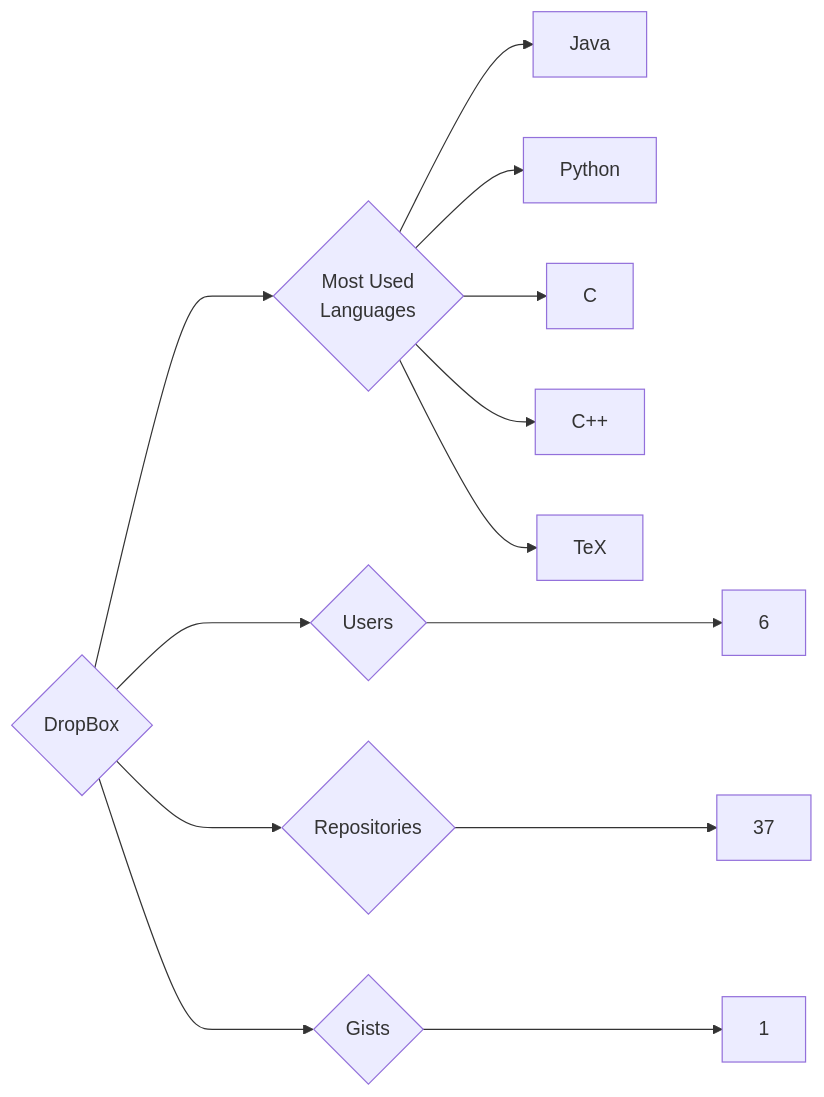
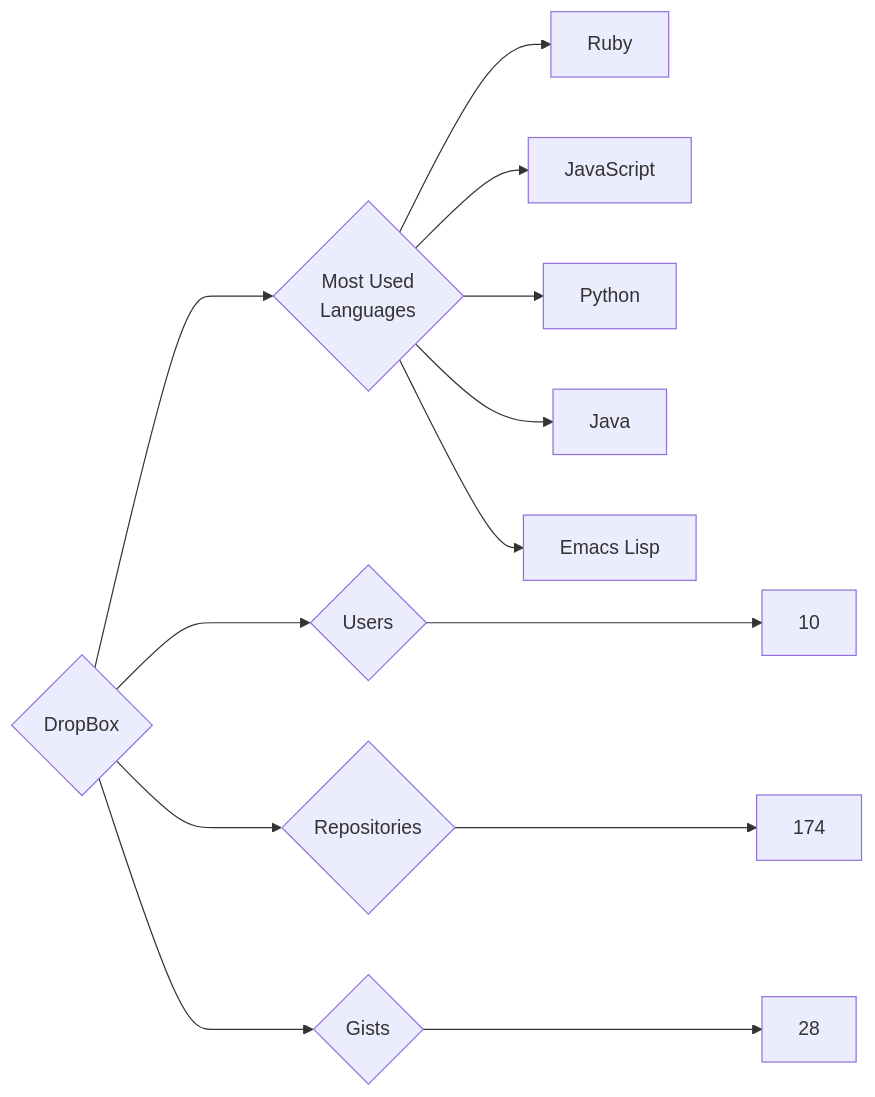
The diagram in targets/DropBox/README.md (trickest/insiders), drawn with Mermaid before and after one commit. The commit also changed 618 other files, not shown here.

````diff
--- a/targets/DropBox/README.md
+++ b/targets/DropBox/README.md
@@ -3,13 +3,13 @@
 ```mermaid
 graph LR
 COMPANY_NAME{DropBox}
-COMPANY_NAME ---> U{Users} ---> UN[6]
-COMPANY_NAME ---> R{Repositories} ---> RN[37]
-COMPANY_NAME ---> G{Gists} ---> GN[1]
+COMPANY_NAME ---> U{Users} ---> UN[10]
+COMPANY_NAME ---> R{Repositories} ---> RN[174]
+COMPANY_NAME ---> G{Gists} ---> GN[28]
 COMPANY_NAME ---> ML{Most Used<br>Languages}
+ML --> Ruby[Ruby]
+ML --> JavaScript[JavaScript]
+ML --> Python[Python]
 ML --> Java[Java]
-ML --> Python[Python]
-ML --> C[C]
-ML --> C++[C++]
-ML --> TeX[TeX]
+ML --> Emacs_Lisp[Emacs Lisp]
 ```
````
